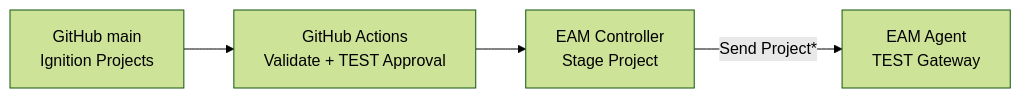
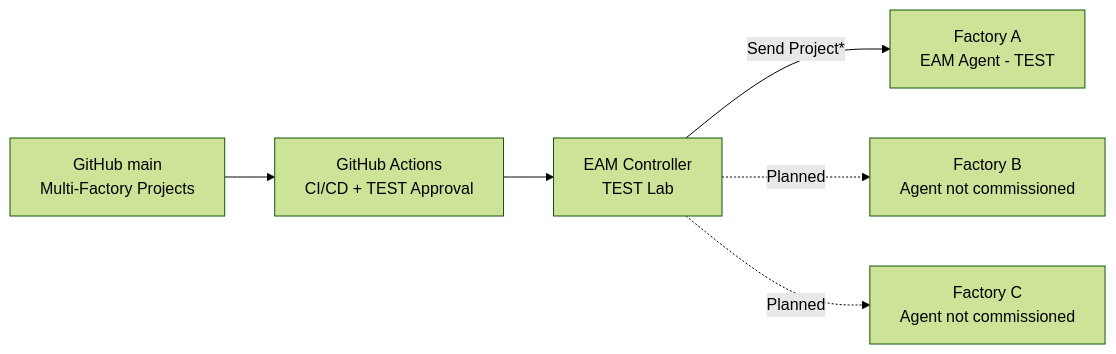
The diagram in README.md (tomha85/ignition-cicd), drawn with Mermaid (forest theme) before and after one commit. The commit also changed other lines of this file, not shown here.

Commit message:
docs: show multi-factory EAM architecture with commissioned vs planned agents

````diff
--- a/README.md
+++ b/README.md
@@ -8,6 +8,8 @@
 ```mermaid
 flowchart LR
-    A["GitHub main<br/>Ignition Projects"] --> B["GitHub Actions<br/>Validate + TEST Approval"]
-    B --> C["EAM Controller<br/>Stage Project"]
-    C -->|"Send Project*"| D["EAM Agent<br/>TEST Gateway"]
+    A["GitHub main<br/>Multi-Factory Projects"] --> B["GitHub Actions<br/>CI/CD + TEST Approval"]
+    B --> C["EAM Controller<br/>TEST Lab"]
+    C -->|"Send Project*"| D["Factory A<br/>EAM Agent - TEST"]
+    C -.->|"Planned"| E["Factory B<br/>Agent not commissioned"]
+    C -.->|"Planned"| F["Factory C<br/>Agent not commissioned"]
 ```
````
